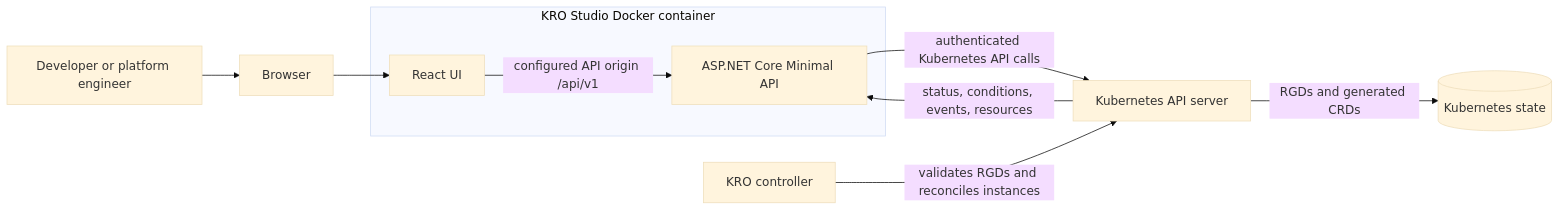
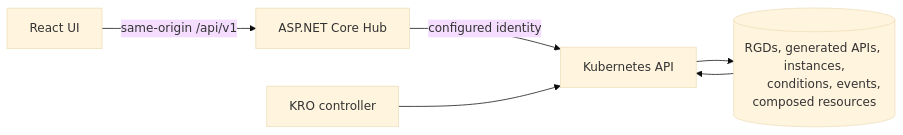
Before and after one commit to Shashwat-6012/kro-studio: the diagram in docs/architecture-and-design.md, drawn with Mermaid (base theme). The commit also changed other lines of this file and 21 other files, not shown here.

````diff
--- a/docs/architecture-and-design.md
+++ b/docs/architecture-and-design.md
@@ -51,14 +16,9 @@
 ```mermaid
 flowchart LR
-    User[Developer or platform engineer] --> Browser[Browser]
-    subgraph Container[KRO Studio Docker container]
-        UI[React UI]
-        API[ASP.NET Core Minimal API]
-        UI -->|configured API origin /api/v1| API
-    end
-    Browser --> UI
-    API -->|authenticated Kubernetes API calls| K8s[Kubernetes API server]
-    K8s -->|RGDs and generated CRDs| Store[(Kubernetes state)]
-    KRO[KRO controller] -->|validates RGDs and reconciles instances| K8s
-    K8s -->|status, conditions, events, resources| API
+    Browser[React UI] -->|same-origin /api/v1| Hub[ASP.NET Core Hub]
+    Hub -->|configured identity| KubeAPI[Kubernetes API]
+    KRO[KRO controller] --> KubeAPI
+    KubeAPI --> State[(RGDs, generated APIs, instances,
+      conditions, events, composed resources)]
+    State --> KubeAPI
 ```
````
